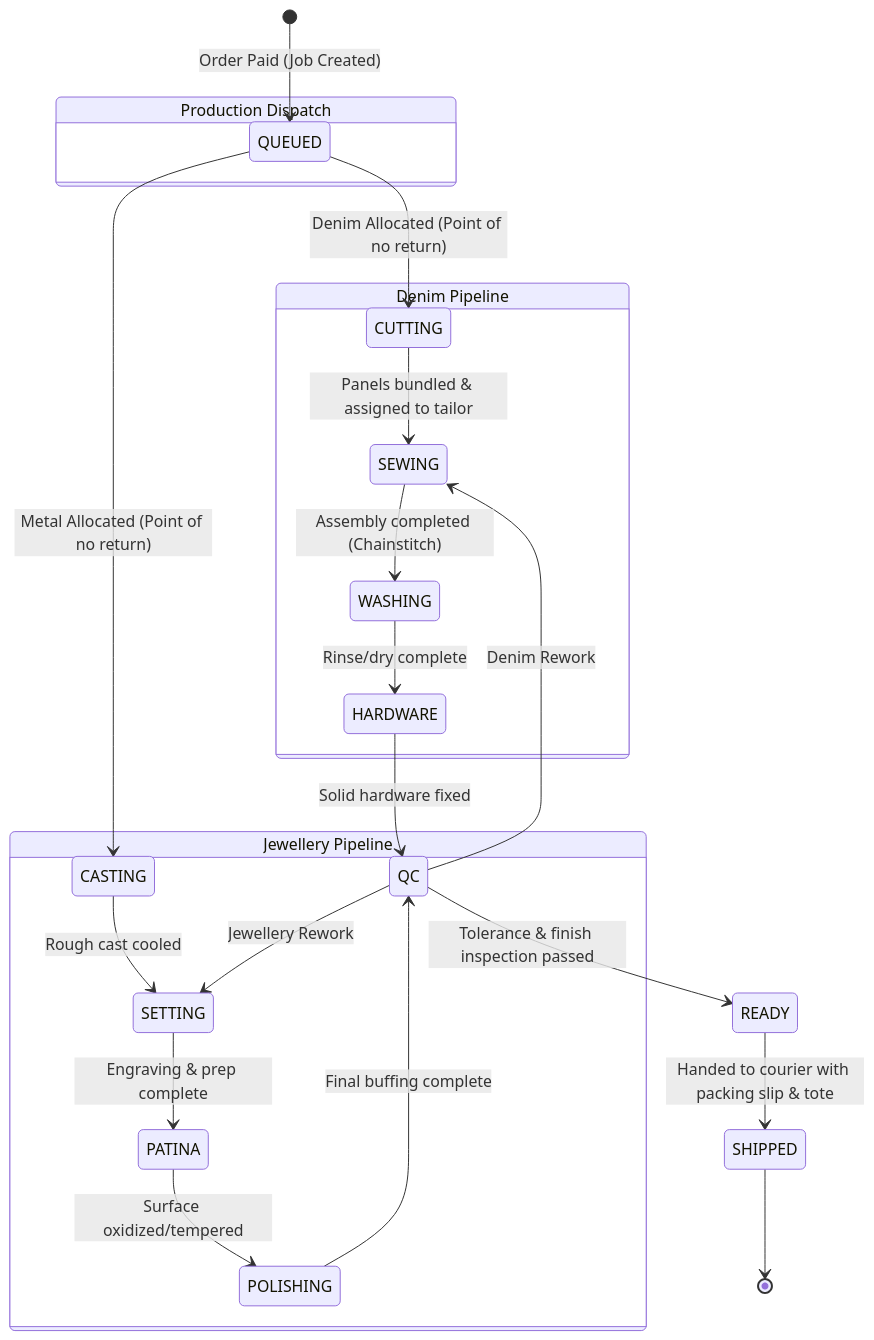
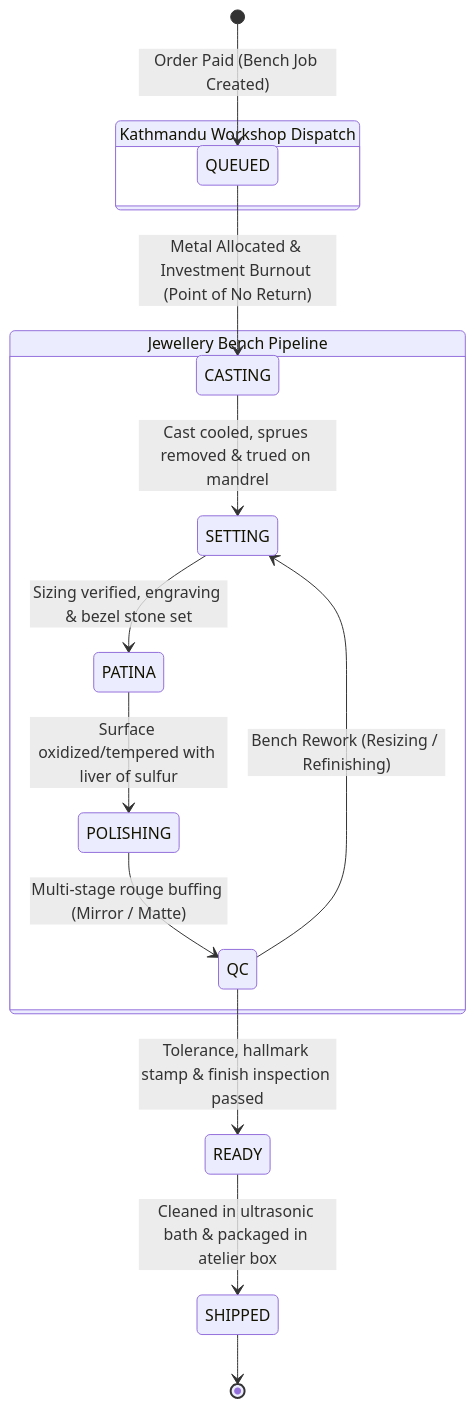
The diagram in docs/assets/diagrams/src/om-production-pipeline.mmd (Sarthak2233/Jeanius), drawn with Mermaid before and after one commit. The commit also changed 145 other files, not shown here.

```diff
--- a/docs/assets/diagrams/src/om-production-pipeline.mmd
+++ b/docs/assets/diagrams/src/om-production-pipeline.mmd
@@ -1,56 +1,39 @@
 stateDiagram-v2
-    [*] --> QUEUED: Order Paid (Job Created)
+    [*] --> QUEUED: Order Paid (Bench Job Created)
     
-    state "Production Dispatch" as dispatch {
+    state "Kathmandu Workshop Dispatch" as dispatch {
         QUEUED
     }
     
-    QUEUED --> CUTTING: Denim Allocated (Point of no return)
-    QUEUED --> CASTING: Metal Allocated (Point of no return)
+    QUEUED --> CASTING: Metal Allocated & Investment Burnout (Point of No Return)
     
-    state "Denim Pipeline" as denim {
-        CUTTING --> SEWING: Panels bundled & assigned to tailor
-        SEWING --> WASHING: Assembly completed (Chainstitch)
-        WASHING --> HARDWARE: Rinse/dry complete
-        HARDWARE --> QC: Solid hardware fixed
+    state "Jewellery Bench Pipeline" as jewl {
+        CASTING --> SETTING: Cast cooled, sprues removed & trued on mandrel
+        SETTING --> PATINA: Sizing verified, engraving & bezel stone set
+        PATINA --> POLISHING: Surface oxidized/tempered with liver of sulfur
+        POLISHING --> QC: Multi-stage rouge buffing (Mirror / Matte)
     }
     
-    state "Jewellery Pipeline" as jewl {
-        CASTING --> SETTING: Rough cast cooled
-        SETTING --> PATINA: Engraving & prep complete
-        PATINA --> POLISHING: Surface oxidized/tempered
-        POLISHING --> QC: Final buffing complete
-    }
+    QC --> READY: Tolerance, hallmark stamp & finish inspection passed
+    QC --> SETTING: Bench Rework (Resizing / Refinishing)
     
-    QC --> READY: Tolerance & finish inspection passed
-    QC --> SEWING: Denim Rework
-    QC --> SETTING: Jewellery Rework
-    
-    READY --> SHIPPED: Handed to courier with packing slip & tote
+    READY --> SHIPPED: Cleaned in ultrasonic bath & packaged in atelier box
     SHIPPED --> [*]
 
     classDef queued fill:#0f172a,stroke:#64748b,stroke-width:1.5px,color:#f8fafc;
-    classDef cutting fill:#451a03,stroke:#f59e0b,stroke-width:2px,color:#fef3c7;
-    classDef sewing fill:#1e1b4b,stroke:#6366f1,stroke-width:2px,color:#e0e7ff;
-    classDef washing fill:#083344,stroke:#06b6d4,stroke-width:2px,color:#cffafe;
-    classDef hardware fill:#2e1065,stroke:#8b5cf6,stroke-width:2px,color:#ede9fe;
     classDef casting fill:#4c0519,stroke:#f43f5e,stroke-width:2px,color:#ffe4e6;
     classDef setting fill:#1e1b4b,stroke:#6366f1,stroke-width:2px,color:#e0e7ff;
     classDef patina fill:#451a03,stroke:#f59e0b,stroke-width:2px,color:#fef3c7;
     classDef polishing fill:#083344,stroke:#06b6d4,stroke-width:2px,color:#cffafe;
     classDef qc fill:#064e3b,stroke:#10b981,stroke-width:2px,color:#d1fae5;
     classDef ready fill:#065f46,stroke:#34d399,stroke-width:2px,color:#ecfdf5;
     classDef shipped fill:#1e293b,stroke:#38bdf8,stroke-width:2px,color:#f0f9ff;
 
     class QUEUED queued;
-    class CUTTING cutting;
-    class SEWING sewing;
-    class WASHING washing;
-    class HARDWARE hardware;
     class CASTING casting;
     class SETTING setting;
     class PATINA patina;
     class POLISHING polishing;
     class QC qc;
     class READY ready;
     class SHIPPED shipped;
```
